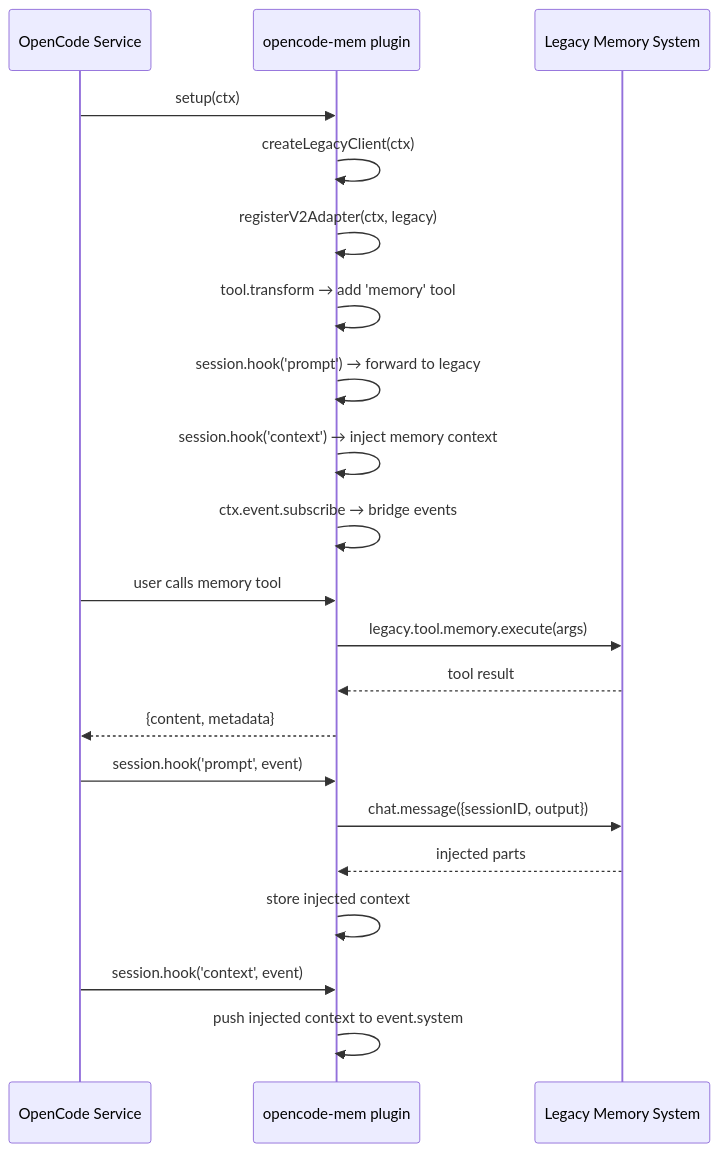
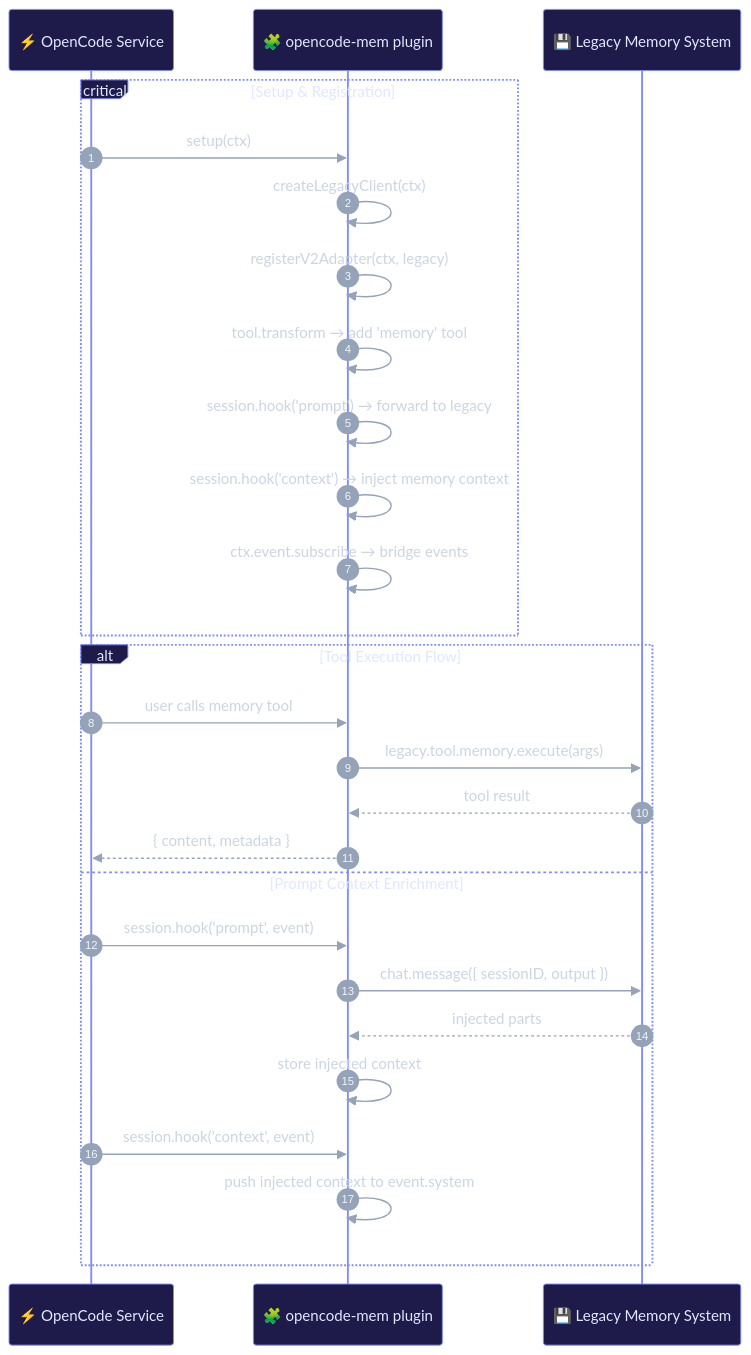
One commit to netplug-me/urban-octo-nerd changed diagram 17 of 21 in opencode-v2-internal-flowcharts.md. Above: the diagram before and after it, drawn with Mermaid. The commit also changed other lines of this file, not shown here.

````diff
--- a/opencode-v2-internal-flowcharts.md
+++ b/opencode-v2-internal-flowcharts.md
@@ -550,28 +641,32 @@
 ```mermaid
+%%{init: {'theme': 'base', 'themeVariables': { 'fontFamily': 'Fira Code, monospace', 'fontSize': '12px', 'darkMode': true, 'actorBkg': '#1e1b4b', 'actorBorder': '#818cf8', 'actorTextColor': '#e0e7ff', 'signalColor': '#94a3b8', 'signalTextColor': '#cbd5e1', 'noteBkgColor': '#1e293b', 'noteTextColor': '#38bdf8', 'noteBorderColor': '#0284c7'}}}%%
 sequenceDiagram
-    participant OC as OpenCode Service
-    participant PL as opencode-mem plugin
-    participant LM as Legacy Memory System
+    autonumber
+    participant OC as ⚡ OpenCode Service
+    participant PL as 🧩 opencode-mem plugin
+    participant LM as 💾 Legacy Memory System
 
-    OC->>PL: setup(ctx)
-    PL->>PL: createLegacyClient(ctx)
-    PL->>PL: registerV2Adapter(ctx, legacy)
+    critical Setup & Registration
+        OC->>PL: setup(ctx)
+        PL->>PL: createLegacyClient(ctx)
+        PL->>PL: registerV2Adapter(ctx, legacy)
+        PL->>PL: tool.transform → add 'memory' tool
+        PL->>PL: session.hook('prompt') → forward to legacy
+        PL->>PL: session.hook('context') → inject memory context
+        PL->>PL: ctx.event.subscribe → bridge events
+    end
 
-    PL->>PL: tool.transform → add 'memory' tool
-    PL->>PL: session.hook('prompt') → forward to legacy
-    PL->>PL: session.hook('context') → inject memory context
-    PL->>PL: ctx.event.subscribe → bridge events
-
-    OC->>PL: user calls memory tool
-    PL->>LM: legacy.tool.memory.execute(args)
-    LM-->>PL: tool result
-    PL-->>OC: {content, metadata}
-
-    OC->>PL: session.hook('prompt', event)
-    PL->>LM: chat.message({sessionID, output})
-    LM-->>PL: injected parts
-    PL->>PL: store injected context
-
-    OC->>PL: session.hook('context', event)
-    PL->>PL: push injected context to event.system
+    alt Tool Execution Flow
+        OC->>PL: user calls memory tool
+        PL->>LM: legacy.tool.memory.execute(args)
+        LM-->>PL: tool result
+        PL-->>OC: { content, metadata }
+    else Prompt Context Enrichment
+        OC->>PL: session.hook('prompt', event)
+        PL->>LM: chat.message({ sessionID, output })
+        LM-->>PL: injected parts
+        PL->>PL: store injected context
+        OC->>PL: session.hook('context', event)
+        PL->>PL: push injected context to event.system
+    end
 ```
````
